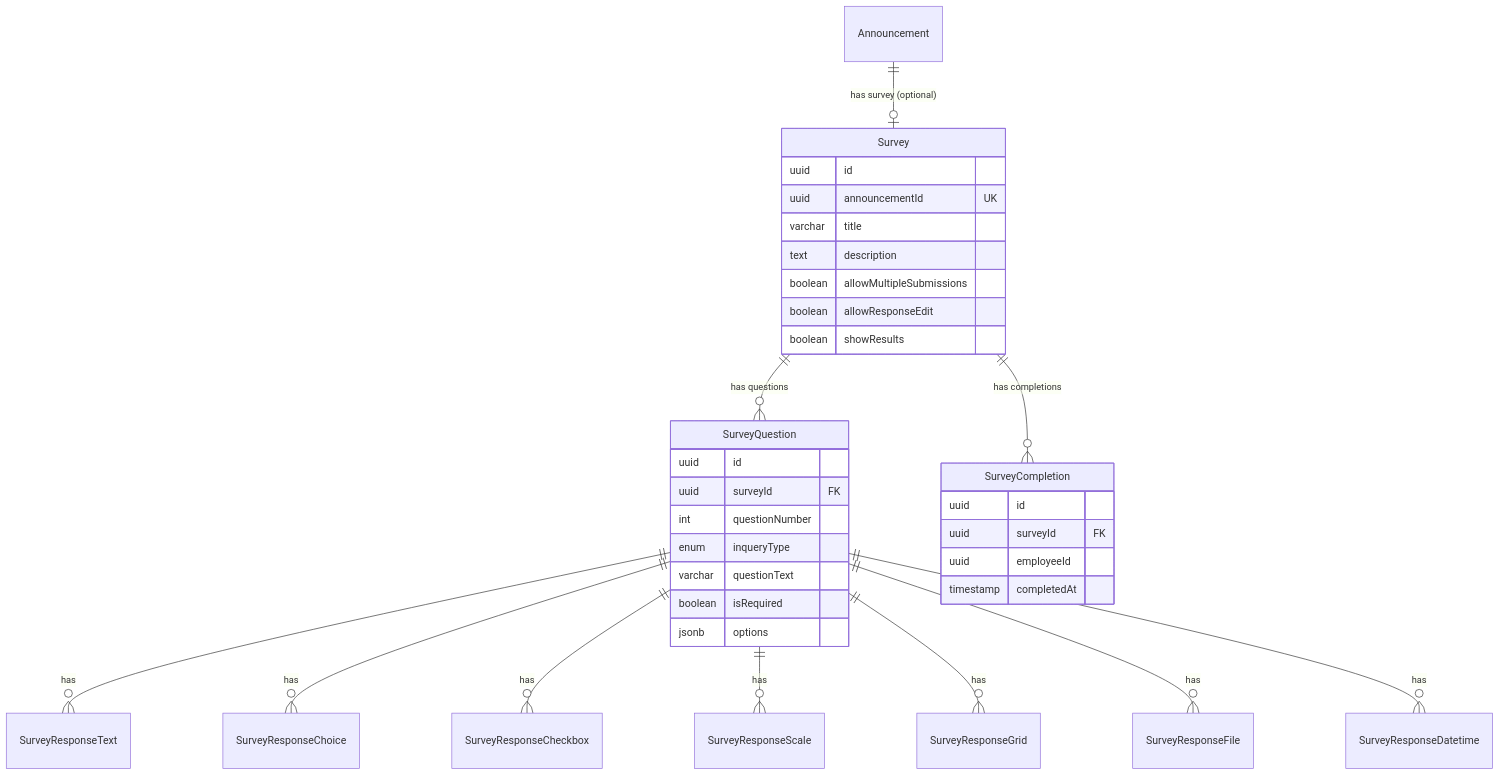
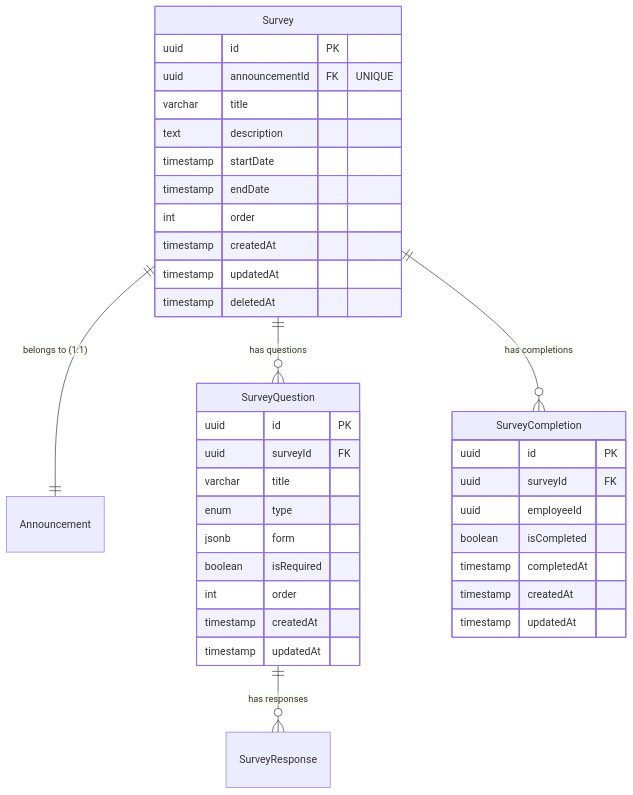
Before and after one commit to GTD-web/Back_ContentsManagementSystem: the first of 8 diagrams in docs/state-flow/context-flows/survey-context-flow.md, drawn with Mermaid. The commit also changed other lines of this file and 37 other files, not shown here.

````diff
--- a/docs/state-flow/context-flows/survey-context-flow.md
+++ b/docs/state-flow/context-flows/survey-context-flow.md
@@ -260,41 +184,42 @@
 ```mermaid
 erDiagram
-    Announcement ||--o| Survey : "has survey (optional)"
+    Survey ||--|| Announcement : "belongs to (1:1)"
     Survey ||--o{ SurveyQuestion : "has questions"
     Survey ||--o{ SurveyCompletion : "has completions"
-    
-    SurveyQuestion ||--o{ SurveyResponseText : "has"
-    SurveyQuestion ||--o{ SurveyResponseChoice : "has"
-    SurveyQuestion ||--o{ SurveyResponseCheckbox : "has"
-    SurveyQuestion ||--o{ SurveyResponseScale : "has"
-    SurveyQuestion ||--o{ SurveyResponseGrid : "has"
-    SurveyQuestion ||--o{ SurveyResponseFile : "has"
-    SurveyQuestion ||--o{ SurveyResponseDatetime : "has"
+    SurveyQuestion ||--o{ SurveyResponse : "has responses"
     
     Survey {
-        uuid id
-        uuid announcementId UK
+        uuid id PK
+        uuid announcementId FK "UNIQUE"
         varchar title
         text description
-        boolean allowMultipleSubmissions
-        boolean allowResponseEdit
-        boolean showResults
+        timestamp startDate
+        timestamp endDate
+        int order
+        timestamp createdAt
+        timestamp updatedAt
+        timestamp deletedAt
     }
     
     SurveyQuestion {
-        uuid id
+        uuid id PK
         uuid surveyId FK
-        int questionNumber
-        enum inqueryType
-        varchar questionText
+        varchar title
+        enum type
+        jsonb form
         boolean isRequired
-        jsonb options
+        int order
+        timestamp createdAt
+        timestamp updatedAt
     }
     
     SurveyCompletion {
-        uuid id
+        uuid id PK
         uuid surveyId FK
         uuid employeeId
+        boolean isCompleted
         timestamp completedAt
+        timestamp createdAt
+        timestamp updatedAt
     }
 ```
````
